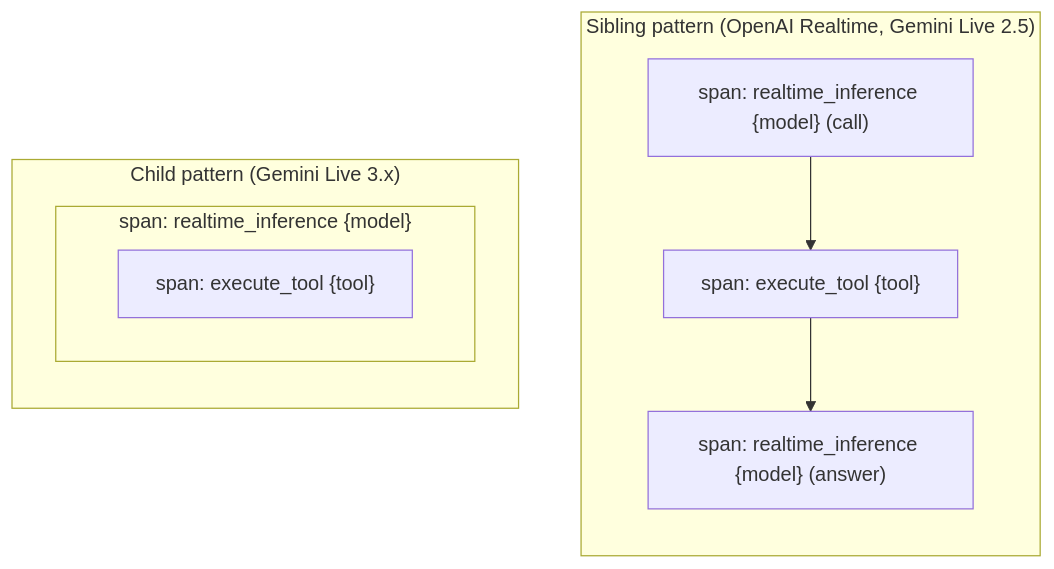
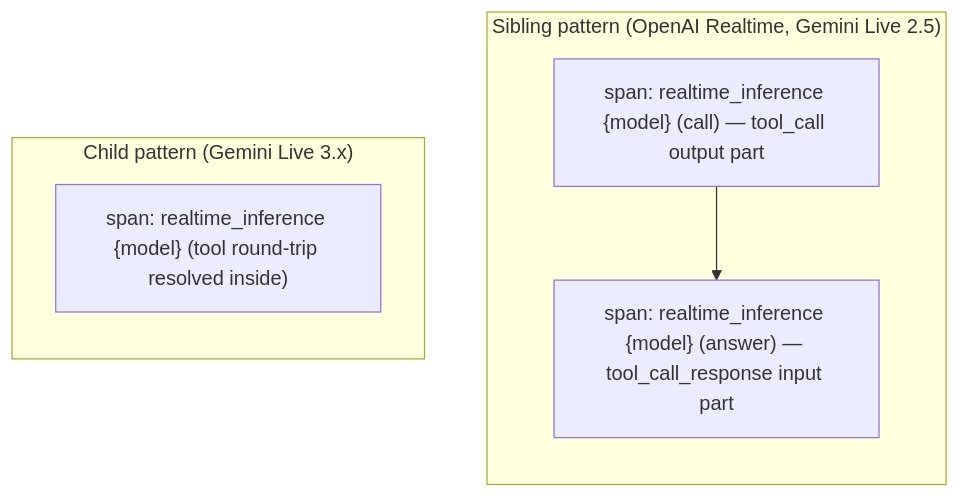
One commit to open-telemetry/semantic-conventions-genai changed the second of 2 diagrams in docs/gen-ai/gen-ai-realtime-spans.md. Above: the diagram before and after it, drawn with Mermaid. The commit also changed other lines of this file and 13 other files, not shown here.

First line of the commit message:
Model realtime tool calls as message parts, drop execute_tool spans

````diff
--- a/docs/gen-ai/gen-ai-realtime-spans.md
+++ b/docs/gen-ai/gen-ai-realtime-spans.md
@@ -101,17 +109,14 @@
 ```mermaid
 flowchart TD
     subgraph sibling["Sibling pattern (OpenAI Realtime, Gemini Live 2.5)"]
         direction TB
-        A1["span: realtime_inference {model} (call)"]
-        A2["span: execute_tool {tool}"]
-        A3["span: realtime_inference {model} (answer)"]
-        A1 --> A2 --> A3
+        A1["span: realtime_inference {model} (call) — tool_call output part"]
+        A3["span: realtime_inference {model} (answer) — tool_call_response input part"]
+        A1 --> A3
     end
 
     subgraph child["Child pattern (Gemini Live 3.x)"]
         direction TB
-        subgraph B1["span: realtime_inference {model}"]
-            B2["span: execute_tool {tool}"]
-        end
+        B1["span: realtime_inference {model} (tool round-trip resolved inside)"]
     end
 ```
````
